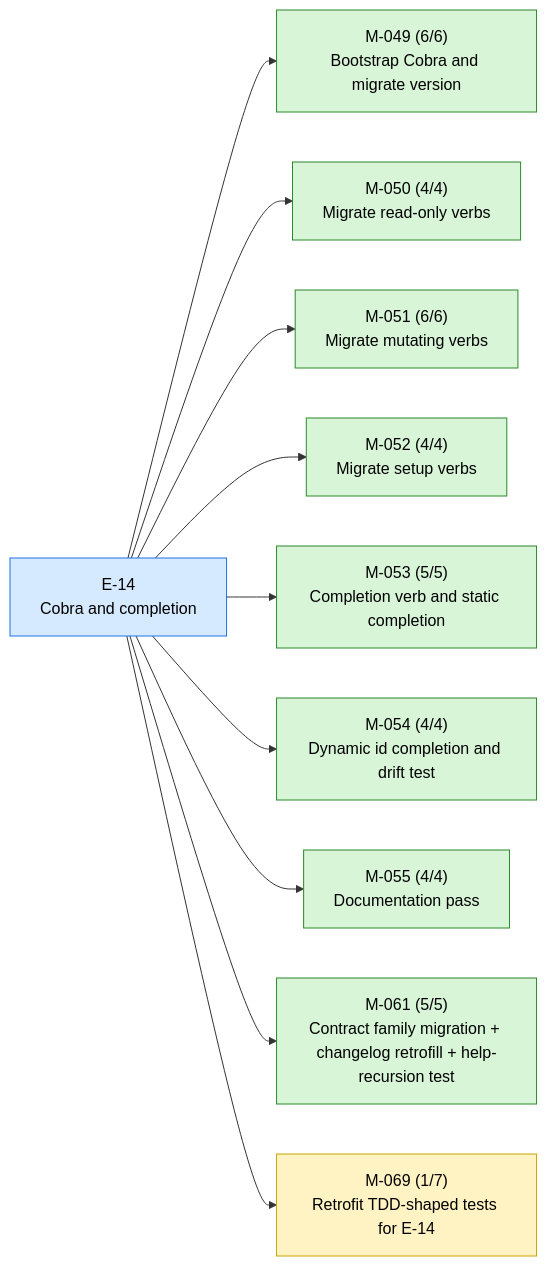
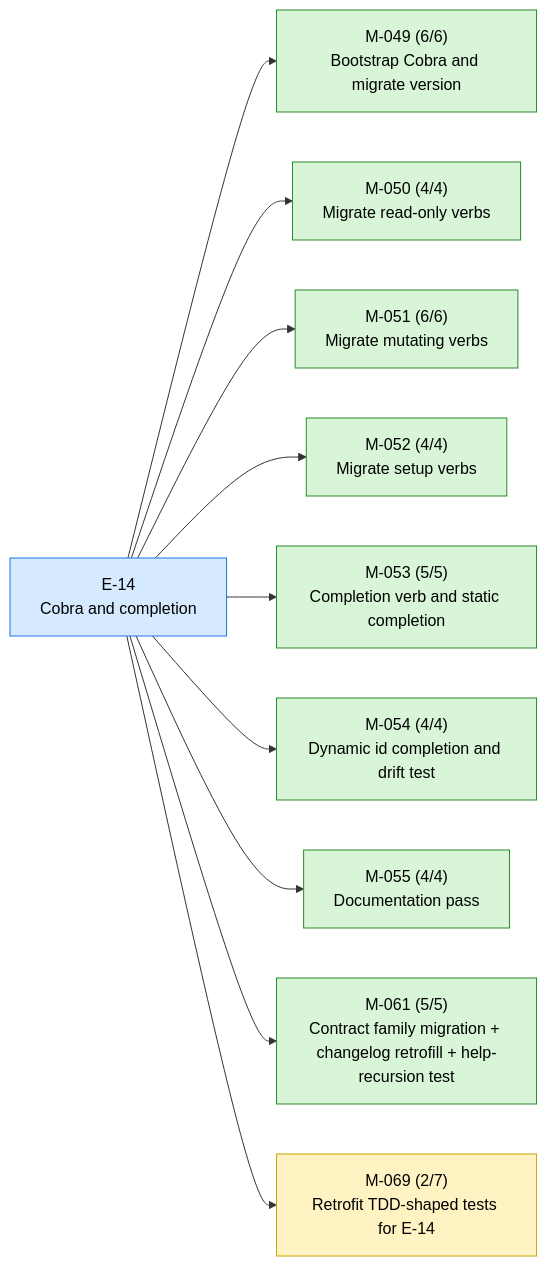
Before and after one commit to 23min/aiwf: the first of 4 diagrams in STATUS.md, drawn with Mermaid. The commit also changed other lines of this file and 1 other file, not shown here.

````diff
--- a/STATUS.md
+++ b/STATUS.md
@@ -19,28 +19,28 @@
 ```mermaid
 flowchart LR
   E_14["E-14<br/>Cobra and completion"]:::epic_active
   M_049["M-049 (6/6)<br/>Bootstrap Cobra and migrate version"]:::ms_done
   E_14 --> M_049
   M_050["M-050 (4/4)<br/>Migrate read-only verbs"]:::ms_done
   E_14 --> M_050
   M_051["M-051 (6/6)<br/>Migrate mutating verbs"]:::ms_done
   E_14 --> M_051
   M_052["M-052 (4/4)<br/>Migrate setup verbs"]:::ms_done
   E_14 --> M_052
   M_053["M-053 (5/5)<br/>Completion verb and static completion"]:::ms_done
   E_14 --> M_053
   M_054["M-054 (4/4)<br/>Dynamic id completion and drift test"]:::ms_done
   E_14 --> M_054
   M_055["M-055 (4/4)<br/>Documentation pass"]:::ms_done
   E_14 --> M_055
   M_061["M-061 (5/5)<br/>Contract family migration + changelog retrofill + help-recursion test"]:::ms_done
   E_14 --> M_061
-  M_069["M-069 (1/7)<br/>Retrofit TDD-shaped tests for E-14"]:::ms_in_progress
+  M_069["M-069 (2/7)<br/>Retrofit TDD-shaped tests for E-14"]:::ms_in_progress
   E_14 --> M_069
   classDef epic_active fill:#d6eaff,stroke:#1a73e8,color:#000
   classDef epic_proposed fill:#f4f4f4,stroke:#888,color:#000
   classDef ms_done fill:#d8f5d8,stroke:#2a8a2a,color:#000
   classDef ms_in_progress fill:#fff3c4,stroke:#caa400,color:#000
   classDef ms_draft fill:#f4f4f4,stroke:#888,color:#000
   classDef ms_cancelled fill:#fbeaea,stroke:#c33,color:#000
 ```
````
